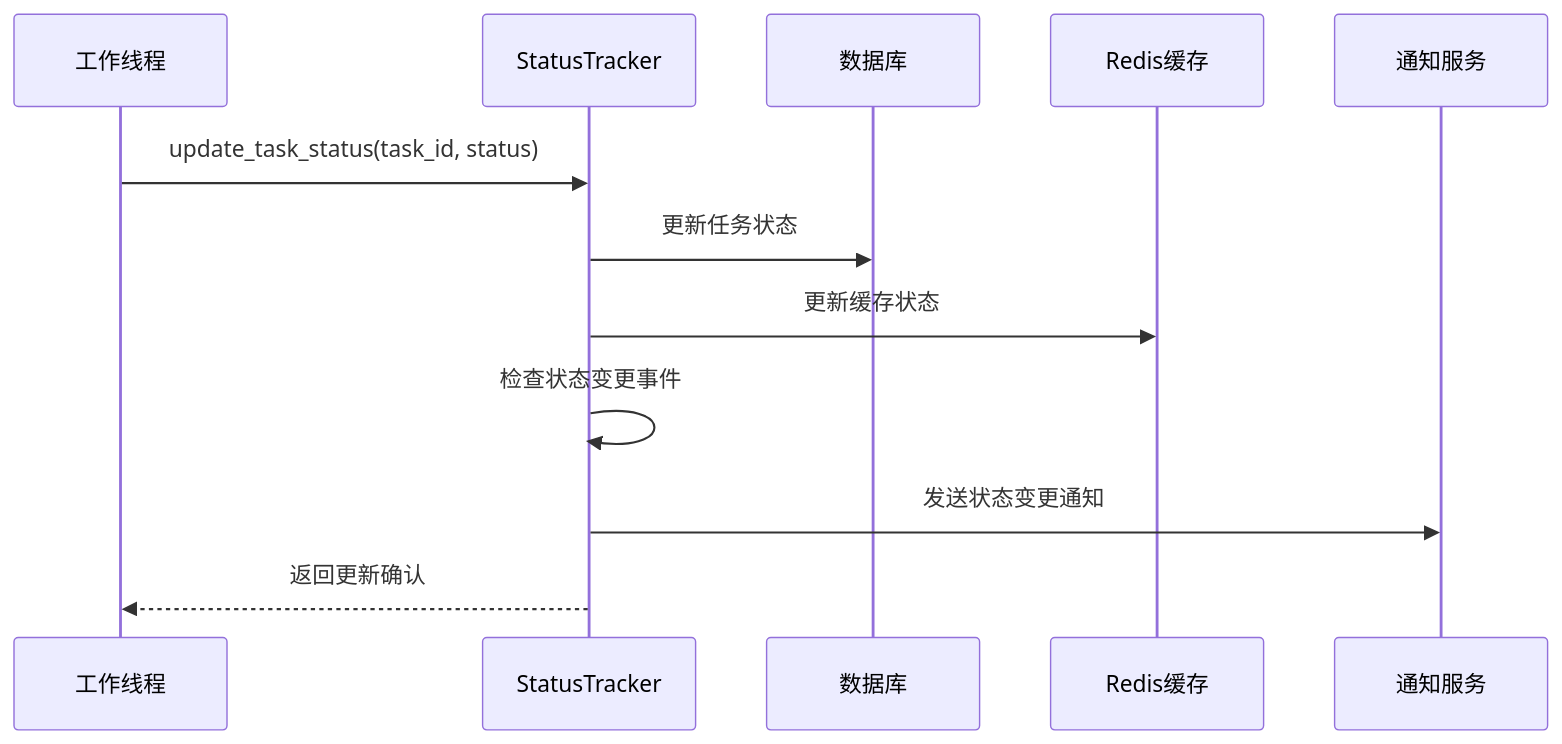
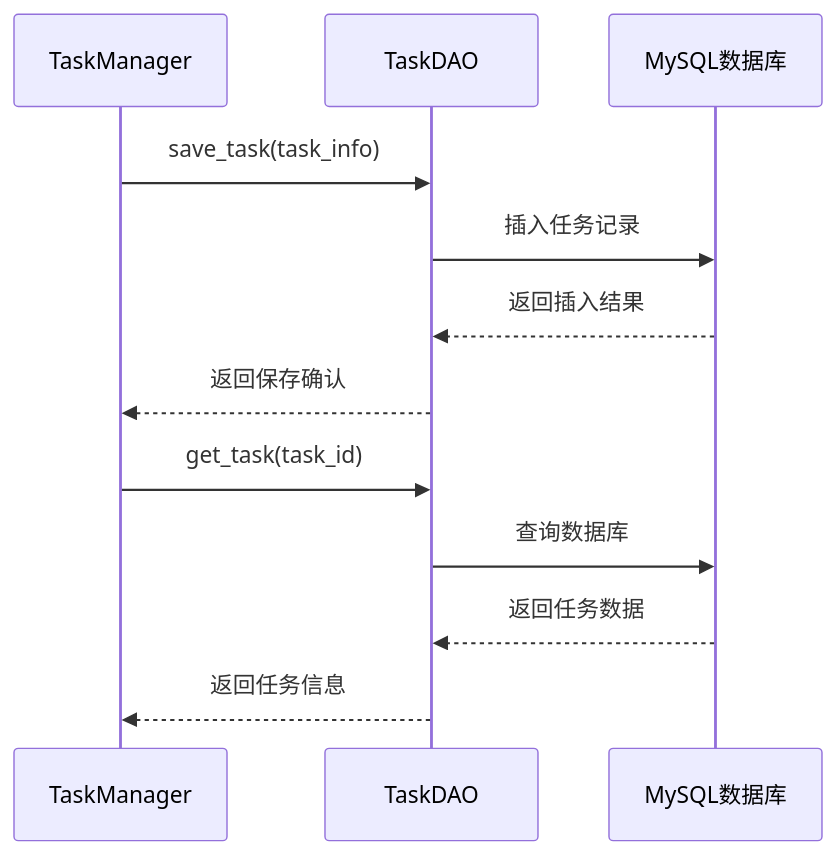
The fourth of 5 diagrams in docs/iteration-3-prediction-model/tasks_task_manager.md (Casper-Mars/qtrade), drawn with Mermaid before and after one commit. The commit also changed other lines of this file and 12 other files, not shown here.

````diff
--- a/docs/iteration-3-prediction-model/tasks_task_manager.md
+++ b/docs/iteration-3-prediction-model/tasks_task_manager.md
@@ -137,15 +130,16 @@
     ```mermaid
     sequenceDiagram
-        participant Worker as 工作线程
-        participant ST as StatusTracker
-        participant DB as 数据库
-        participant Cache as Redis缓存
-        participant Notifier as 通知服务
+        participant TM as TaskManager
+        participant DAO as TaskDAO
+        participant DB as MySQL数据库
         
-        Worker->>ST: update_task_status(task_id, status)
-        ST->>DB: 更新任务状态
-        ST->>Cache: 更新缓存状态
-        ST->>ST: 检查状态变更事件
-        ST->>Notifier: 发送状态变更通知
-        ST-->>Worker: 返回更新确认
+        TM->>DAO: save_task(task_info)
+        DAO->>DB: 插入任务记录
+        DB-->>DAO: 返回插入结果
+        DAO-->>TM: 返回保存确认
+        
+        TM->>DAO: get_task(task_id)
+        DAO->>DB: 查询数据库
+        DB-->>DAO: 返回任务数据
+        DAO-->>TM: 返回任务信息
     ```
````
